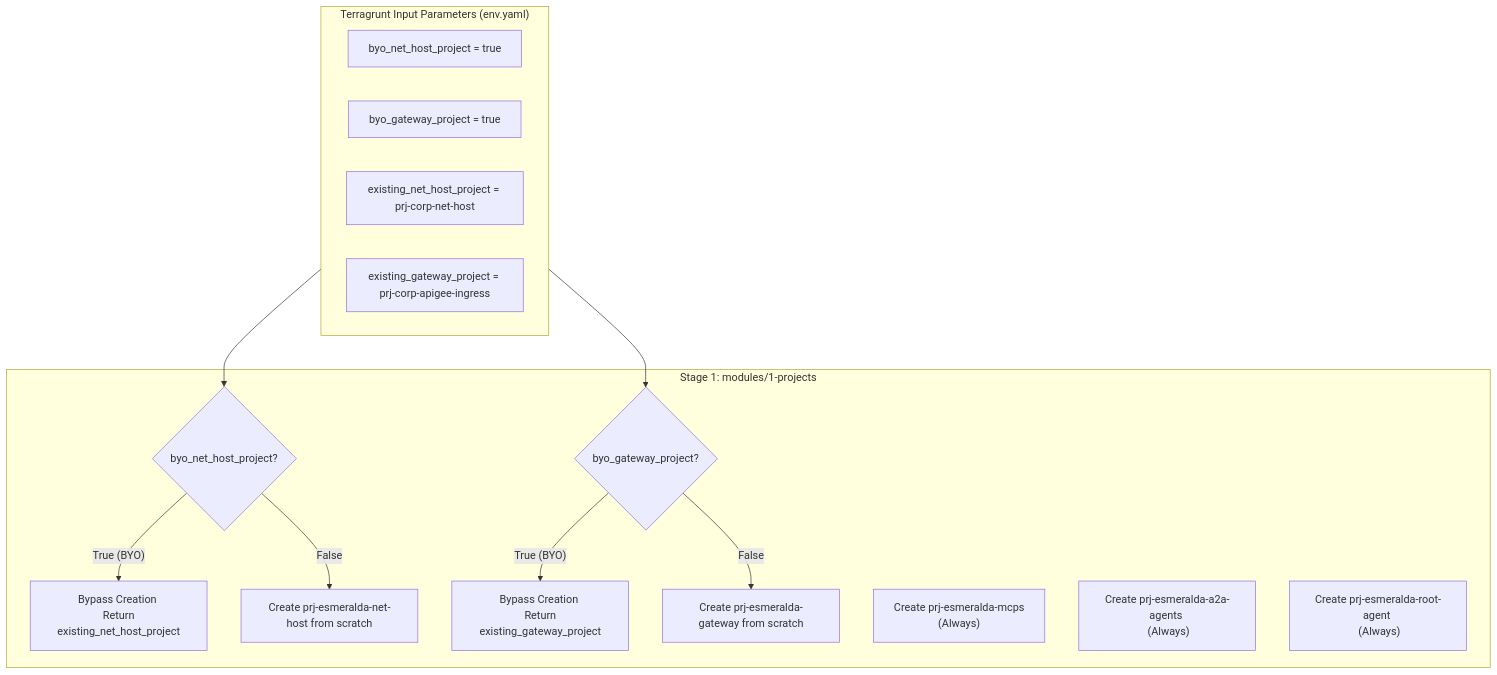
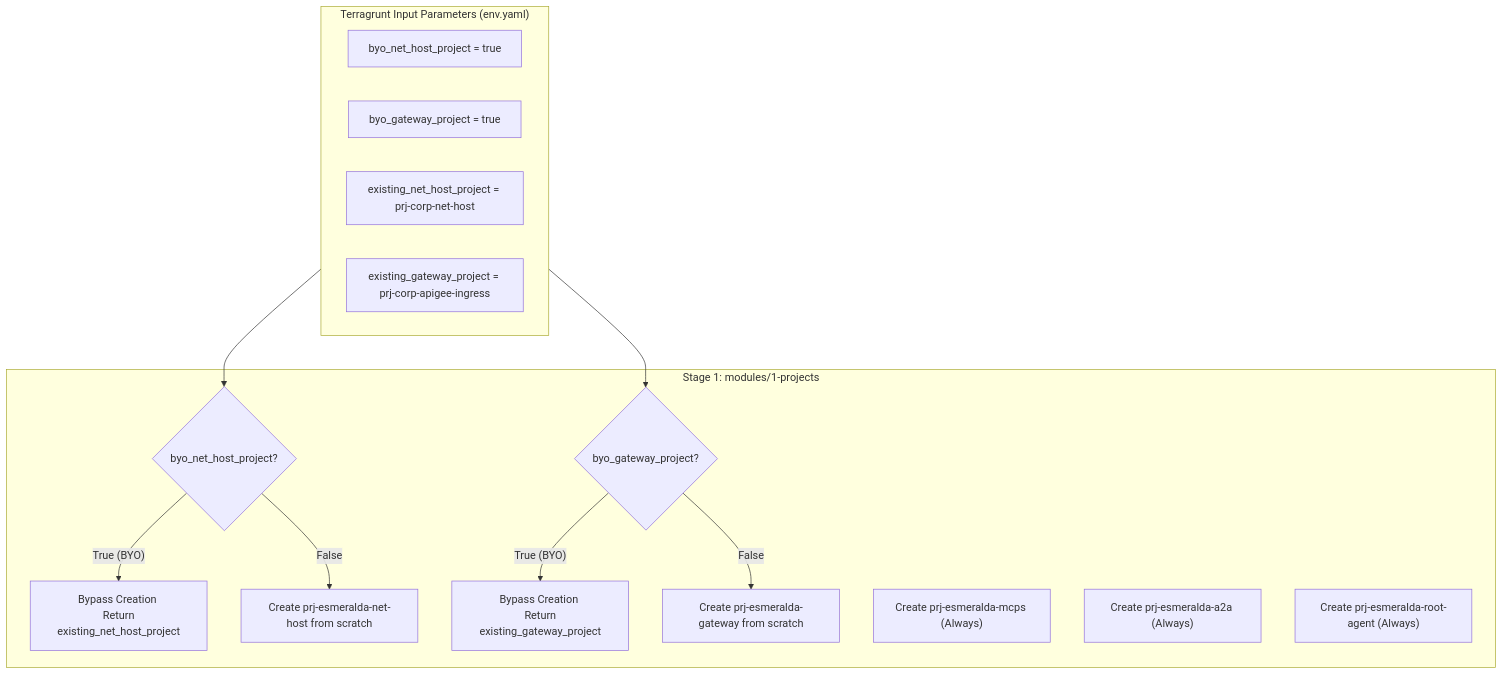
The first of 2 diagrams in docs/1-platform-foundations/01-projects-and-finops.md (google/esmeralda), drawn with Mermaid before and after one commit. The commit also changed other lines of this file and 15 other files, not shown here.

First line of the commit message:
docs: complete enterprise architecture overhaul with ADRs, personas, and dark mode diagrams

````diff
--- a/docs/1-platform-foundations/01-projects-and-finops.md
+++ b/docs/1-platform-foundations/01-projects-and-finops.md
@@ -118,28 +51,27 @@
 ```mermaid
 flowchart TD
-    %% Decoupling logic
     subgraph Inputs["Terragrunt Input Parameters (env.yaml)"]
         BYO_Net["byo_net_host_project = true"]
         BYO_Gwy["byo_gateway_project = true"]
         Exist_Net["existing_net_host_project = prj-corp-net-host"]
         Exist_Gwy["existing_gateway_project = prj-corp-apigee-ingress"]
     end
 
     subgraph Stage1["Stage 1: modules/1-projects"]
         Check_Net{byo_net_host_project?}
         Check_Gwy{byo_gateway_project?}
         
         Check_Net -- "True (BYO)" --> Skip_Net["Bypass Creation <br/> Return existing_net_host_project"]
         Check_Net -- "False" --> Create_Net["Create prj-esmeralda-net-host from scratch"]
         
         Check_Gwy -- "True (BYO)" --> Skip_Gwy["Bypass Creation <br/> Return existing_gateway_project"]
         Check_Gwy -- "False" --> Create_Gwy["Create prj-esmeralda-gateway from scratch"]
         
-        Create_MCPS["Create prj-esmeralda-mcps <br/> (Always)"]
-        Create_A2A["Create prj-esmeralda-a2a-agents <br/> (Always)"]
-        Create_Root["Create prj-esmeralda-root-agent <br/> (Always)"]
+        Create_MCPS["Create prj-esmeralda-mcps (Always)"]
+        Create_A2A["Create prj-esmeralda-a2a (Always)"]
+        Create_Root["Create prj-esmeralda-root-agent (Always)"]
     end
 
     Inputs --> Check_Net
     Inputs --> Check_Gwy
 ```
````
